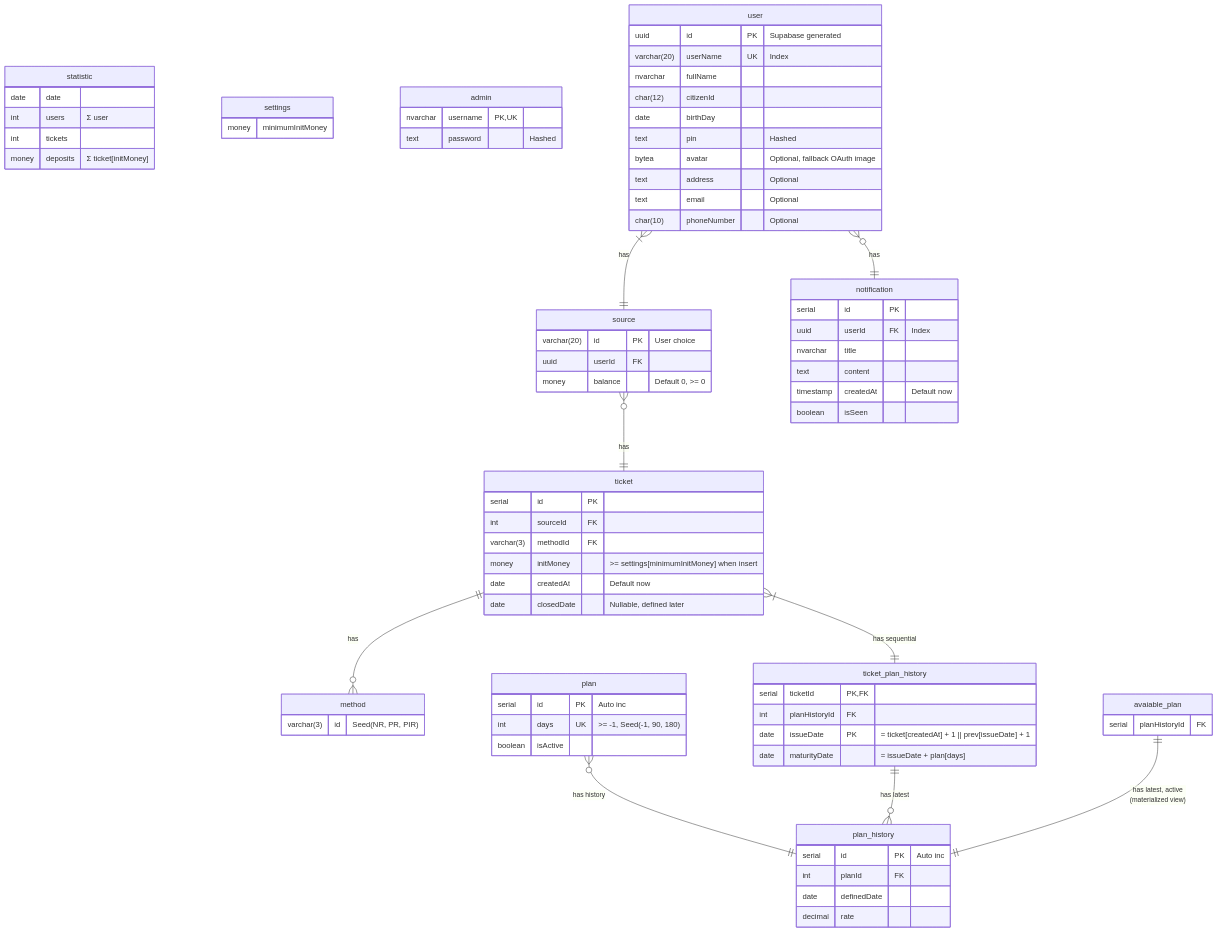
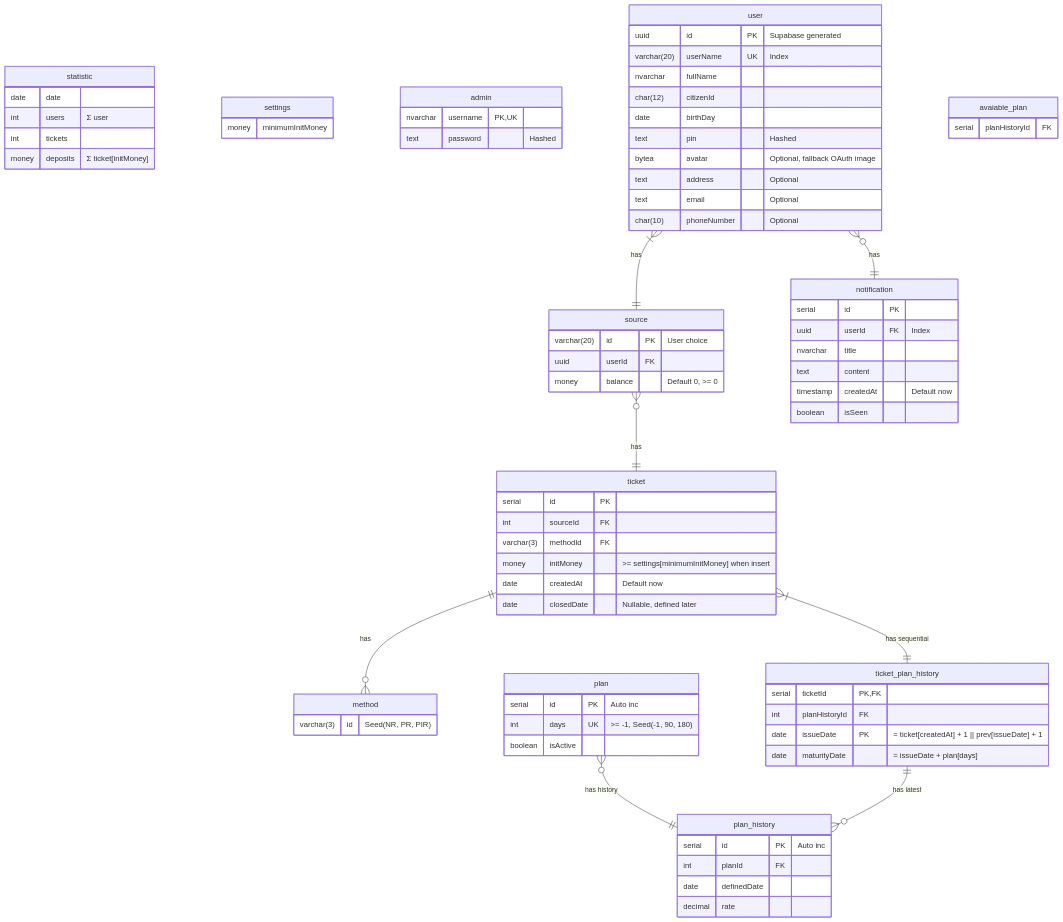
One commit to coinhub-uit/coinhub-uit.github.io changed the diagram in docs/diagrams/database.md. Above: the diagram before and after it, drawn with Mermaid. The commit also changed other lines of this file, not shown here.

Commit message:
fix(db): avaiable_plan is mv, no relationship

````diff
--- a/docs/diagrams/database.md
+++ b/docs/diagrams/database.md
@@ -94,5 +94,4 @@
   ticket }|--|| ticket_plan_history : "has sequential"
   plan }o--|| plan_history : "has history"
   ticket_plan_history ||--}o plan_history : "has latest"
-  avaiable_plan ||--|| plan_history : "has latest, active<br />(materialized view)"
 ```
````
